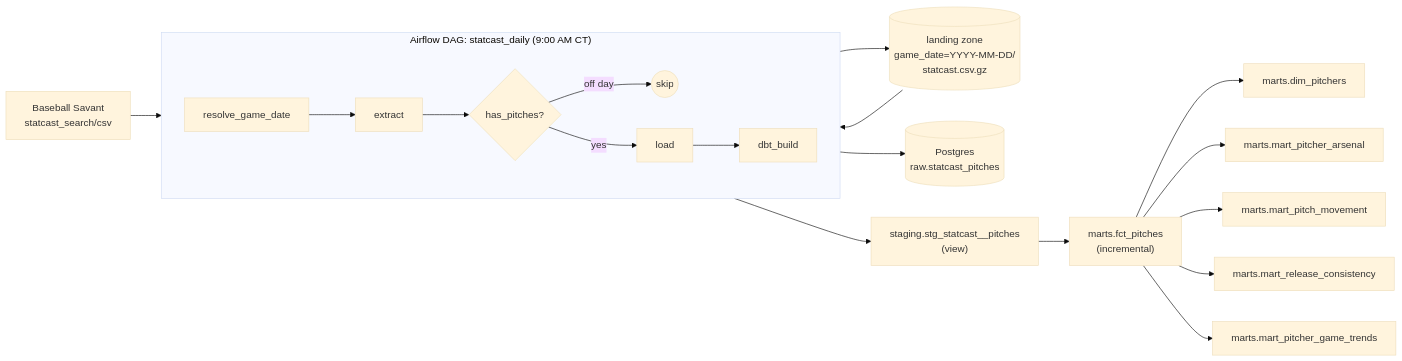
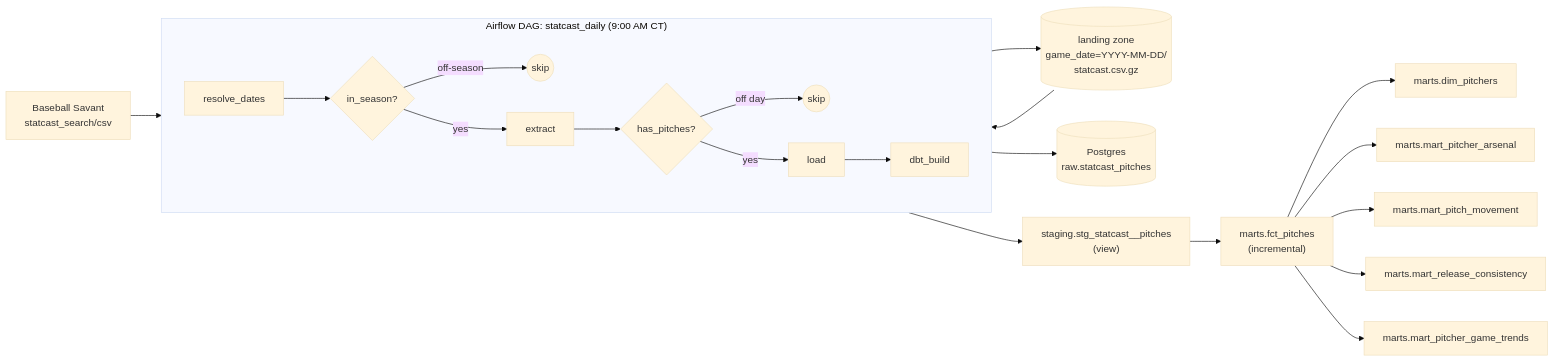
The diagram in README.md (st8991/stat-cast), drawn with Mermaid (base theme) before and after one commit. The commit also changed other lines of this file and 18 other files, not shown here.

First line of the commit message:
Re-pull trailing days, skip the off-season, make game type a setting

````diff
--- a/README.md
+++ b/README.md
@@ -9,23 +9,25 @@
 ```mermaid
 flowchart LR
     savant["Baseball Savant<br/>statcast_search/csv"]
     subgraph airflow["Airflow DAG: statcast_daily (9:00 AM CT)"]
         direction LR
-        r[resolve_game_date] --> e[extract]
+        r[resolve_dates] --> q{in_season?}
+        q -- "off-season" --> skip0((skip))
+        q -- yes --> e[extract]
         e --> s{has_pitches?}
         s -- "off day" --> skip((skip))
         s -- yes --> l[load]
         l --> d[dbt_build]
     end
     savant --> e
     e --> landing[("landing zone<br/>game_date=YYYY-MM-DD/<br/>statcast.csv.gz")]
     landing --> l
     l --> raw[("Postgres<br/>raw.statcast_pitches")]
     d --> stg["staging.stg_statcast__pitches<br/>(view)"]
     stg --> fct["marts.fct_pitches<br/>(incremental)"]
     fct --> dim[marts.dim_pitchers]
     fct --> m1[marts.mart_pitcher_arsenal]
     fct --> m2[marts.mart_pitch_movement]
     fct --> m3[marts.mart_release_consistency]
     fct --> m4[marts.mart_pitcher_game_trends]
 ```
````
